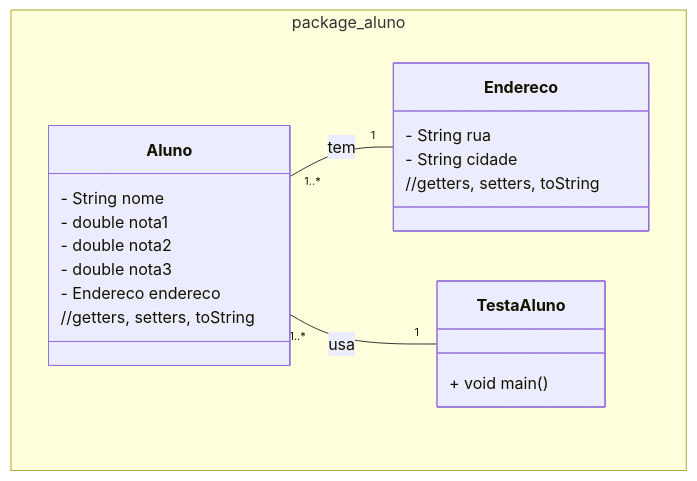
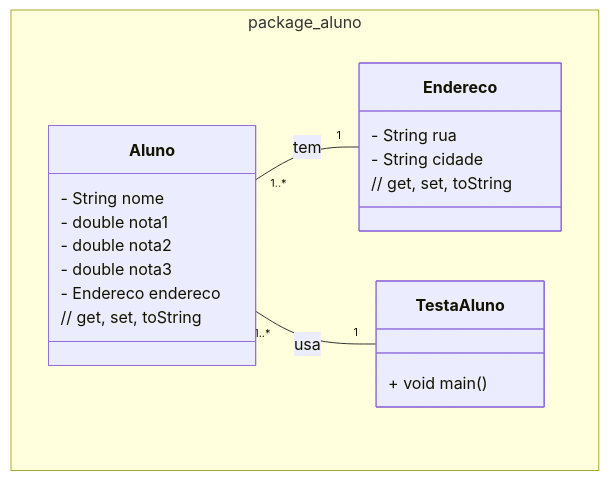
The diagram in unidade1/aula5.md (ap3ufersa/ap3_2024.3_xicoArruda), drawn with Mermaid before and after one commit. The commit also changed 2 other files, not shown here.

Commit message:
Arrumando aulas unidade 3

````diff
--- a/unidade1/aula5.md
+++ b/unidade1/aula5.md
@@ -7,25 +7,25 @@
 ```mermaid
 classDiagram
     namespace package_aluno {
         class Aluno {
             - String nome
             - double nota1
             - double nota2
             - double nota3
             - Endereco endereco
-            //getters, setters, toString
+            // get, set, toString
         }
 
         class Endereco {
             - String rua
             - String cidade
-            //getters, setters, toString
+            // get, set, toString
         }
 
         class TestaAluno {
             + void main()
         }
     }
     Aluno "1..*" -- "1" Endereco : tem
     Aluno "1..*" -- "1" TestaAluno : usa
 ```
````
